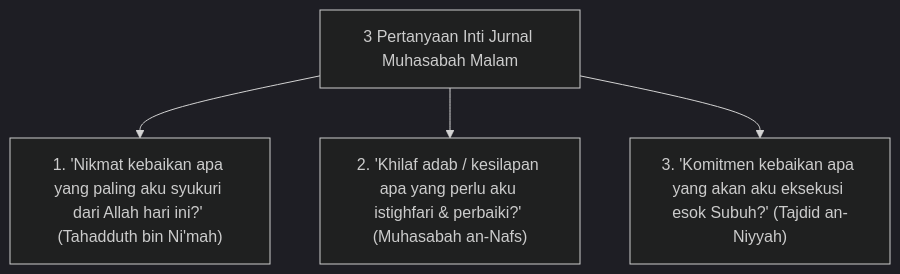
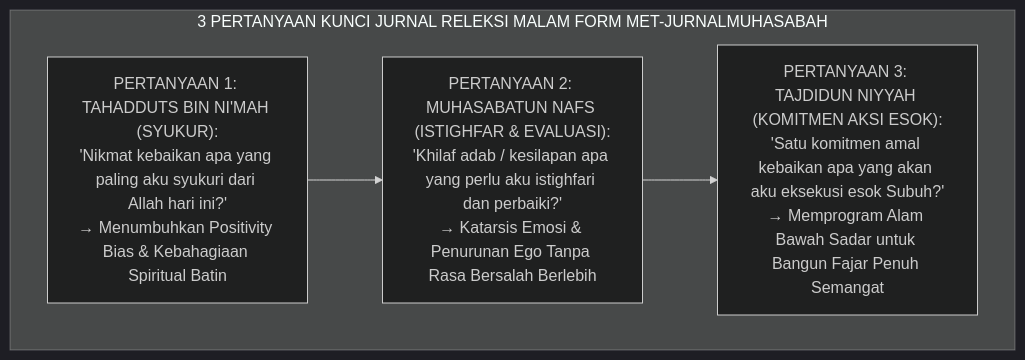
Before and after one commit to wandiapriliyandi/tumbuh: the second of 2 diagrams in 10 Methods/04 Reflection Methods/P10-04-01-Teknik-Jurnal-Refleksi-Malam-3-Pertanyaan-Muhasabah.md, drawn with Mermaid (dark theme). The commit also changed other lines of this file and 3 other files, not shown here.

````diff
--- a/10 Methods/04 Reflection Methods/P10-04-01-Teknik-Jurnal-Refleksi-Malam-3-Pertanyaan-Muhasabah.md
+++ b/10 Methods/04 Reflection Methods/P10-04-01-Teknik-Jurnal-Refleksi-Malam-3-Pertanyaan-Muhasabah.md
@@ -14,7 +42,9 @@
 ```mermaid
-graph TD
-    Journal3Q["3 Pertanyaan Inti Jurnal Muhasabah Malam"]
-    Journal3Q --> Q1["1. 'Nikmat kebaikan apa yang paling aku syukuri dari Allah hari ini?' (Tahadduth bin Ni'mah)"]
-    Journal3Q --> Q2["2. 'Khilaf adab / kesilapan apa yang perlu aku istighfari & perbaiki?' (Muhasabah an-Nafs)"]
-    Journal3Q --> Q3["3. 'Komitmen kebaikan apa yang akan aku eksekusi esok Subuh?' (Tajdid an-Niyyah)"]
+flowchart TD
+    subgraph ThreeMuhasabahQuestions["3 PERTANYAAN KUNCI JURNAL RELEKSI MALAM FORM MET-JURNALMUHASABAH"]
+        Q1["PERTANYAAN 1: TAHADDUTS BIN NI'MAH (SYUKUR):<br/>'Nikmat kebaikan apa yang paling aku syukuri dari Allah hari ini?'<br/>→ Menumbuhkan Positivity Bias & Kebahagiaan Spiritual Batin"]
+        Q2["PERTANYAAN 2: MUHASABATUN NAFS (ISTIGHFAR & EVALUASI):<br/>'Khilaf adab / kesilapan apa yang perlu aku istighfari dan perbaiki?'<br/>→ Katarsis Emosi & Penurunan Ego Tanpa Rasa Bersalah Berlebih"]
+        Q3["PERTANYAAN 3: TAJDIDUN NIYYAH (KOMITMEN AKSI ESOK):<br/>'Satu komitmen amal kebaikan apa yang akan aku eksekusi esok Subuh?'<br/>→ Memprogram Alam Bawah Sadar untuk Bangun Fajar Penuh Semangat"]
+        Q1 --> Q2 --> Q3
+    end
 ```
````
